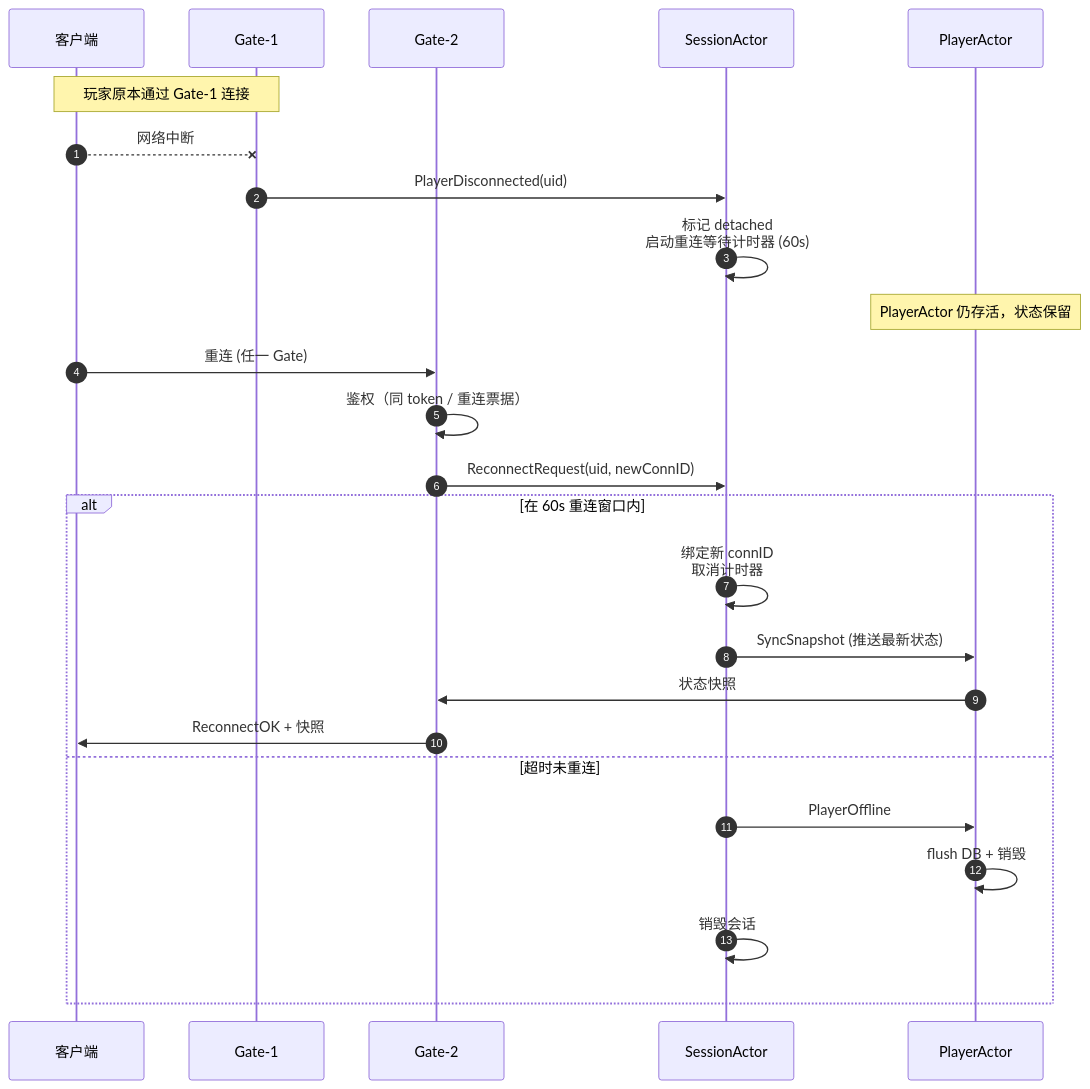
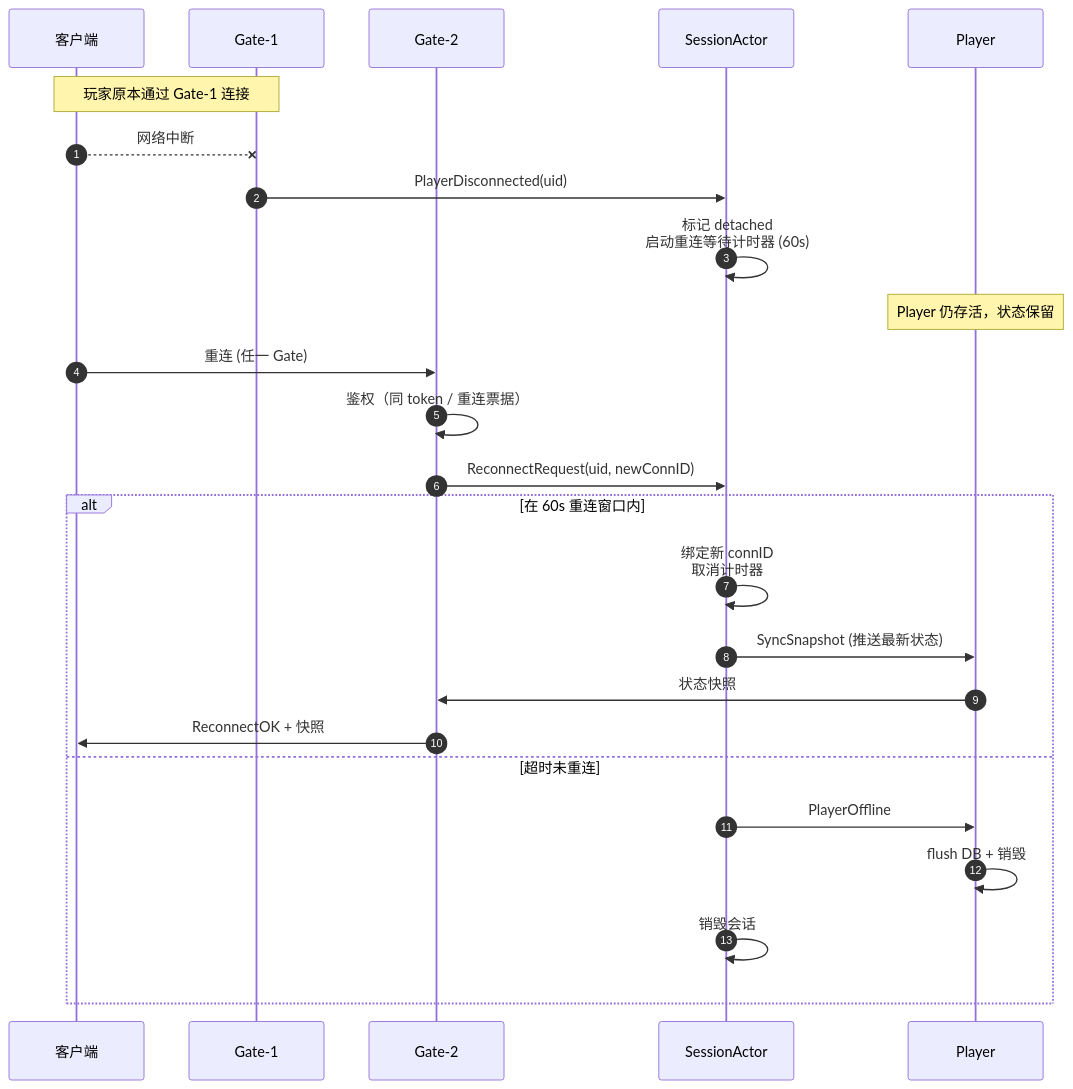
Before and after one commit to gogu-x/gogs: the fourth of 5 diagrams in docs/TARGET_ARCHITECTURE.md, drawn with Mermaid. The commit also changed other lines of this file and 46 other files, not shown here.

````diff
--- a/docs/TARGET_ARCHITECTURE.md
+++ b/docs/TARGET_ARCHITECTURE.md
@@ -203,32 +203,32 @@
 ```mermaid
 sequenceDiagram
     autonumber
     participant C as 客户端
     participant GW1 as Gate-1
     participant GW2 as Gate-2
     participant SES as SessionActor
-    participant PA as PlayerActor
+    participant PA as Player
 
     Note over C,GW1: 玩家原本通过 Gate-1 连接
 
     C--xGW1: 网络中断
     GW1->>SES: PlayerDisconnected(uid)
     SES->>SES: 标记 detached<br/>启动重连等待计时器 (60s)
 
-    Note over PA: PlayerActor 仍存活，状态保留
+    Note over PA: Player 仍存活，状态保留
 
     C->>GW2: 重连 (任一 Gate)
     GW2->>GW2: 鉴权（同 token / 重连票据）
     GW2->>SES: ReconnectRequest(uid, newConnID)
 
     alt 在 60s 重连窗口内
         SES->>SES: 绑定新 connID<br/>取消计时器
         SES->>PA: SyncSnapshot (推送最新状态)
         PA->>GW2: 状态快照
         GW2->>C: ReconnectOK + 快照
     else 超时未重连
         SES->>PA: PlayerOffline
         PA->>PA: flush DB + 销毁
         SES->>SES: 销毁会话
     end
 ```
````
